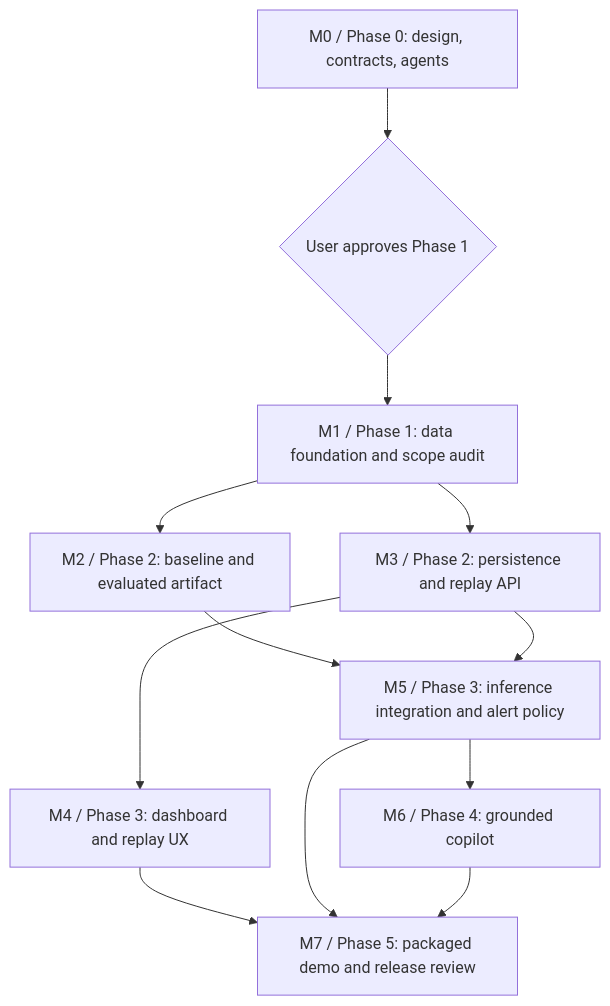
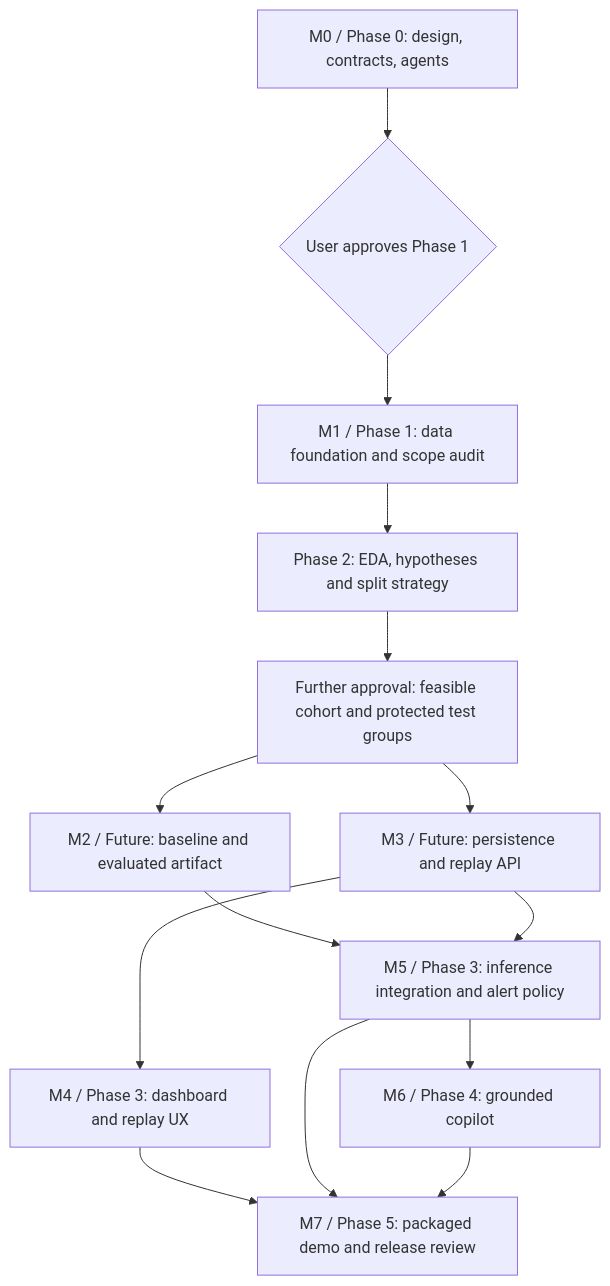
One commit to MereyIssenbay/oilwell-ai changed the diagram in docs/ROADMAP.md. Above: the diagram before and after it, drawn with Mermaid. The commit also changed other lines of this file and 32 other files, not shown here.

````diff
--- a/docs/ROADMAP.md
+++ b/docs/ROADMAP.md
@@ -9,14 +11,16 @@
 ```mermaid
 flowchart TD
     M0["M0 / Phase 0: design, contracts, agents"] --> G1{"User approves Phase 1"}
     G1 --> M1["M1 / Phase 1: data foundation and scope audit"]
-    M1 --> M2["M2 / Phase 2: baseline and evaluated artifact"]
-    M1 --> M3["M3 / Phase 2: persistence and replay API"]
+    M1 --> E2["Phase 2: EDA, hypotheses and split strategy"]
+    E2 --> COHORT["Further approval: feasible cohort and protected test groups"]
+    COHORT --> M2["M2 / Future: baseline and evaluated artifact"]
+    COHORT --> M3["M3 / Future: persistence and replay API"]
     M3 --> M4["M4 / Phase 3: dashboard and replay UX"]
     M2 --> M5["M5 / Phase 3: inference integration and alert policy"]
     M3 --> M5
     M5 --> M6["M6 / Phase 4: grounded copilot"]
     M4 --> M7["M7 / Phase 5: packaged demo and release review"]
     M5 --> M7
     M6 --> M7
 ```
````
